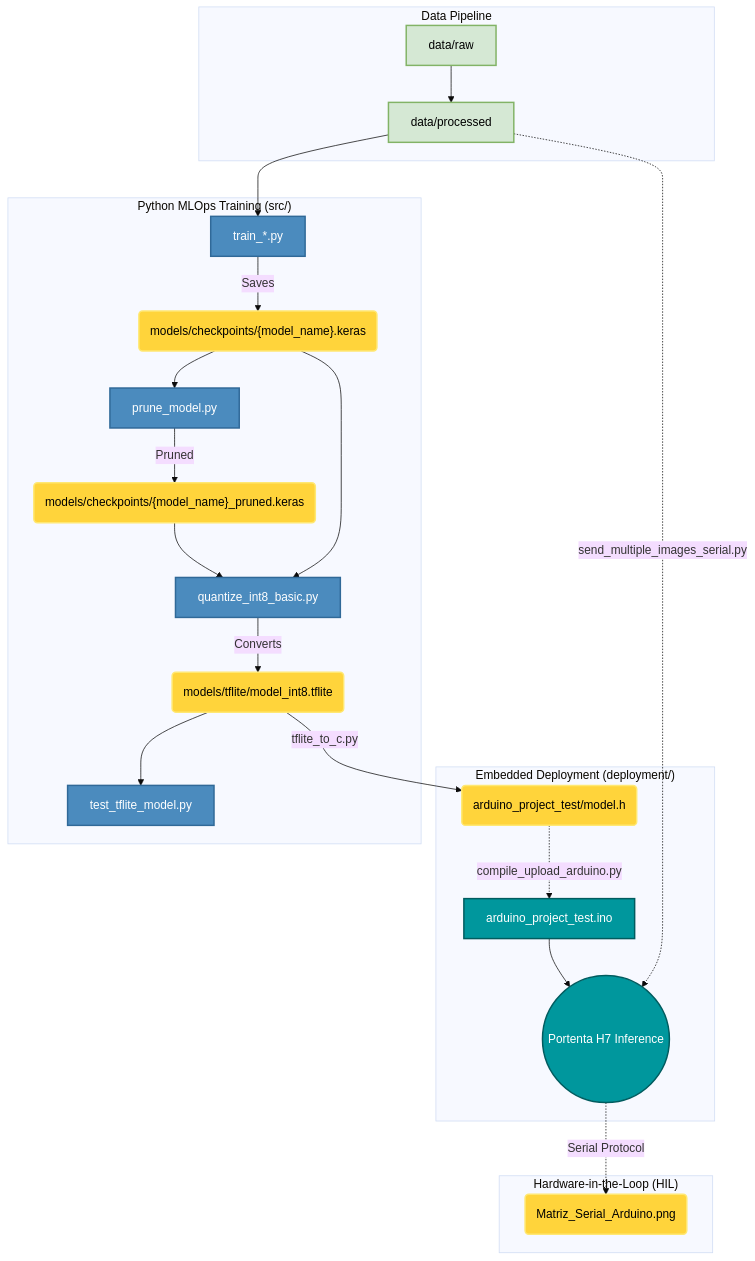
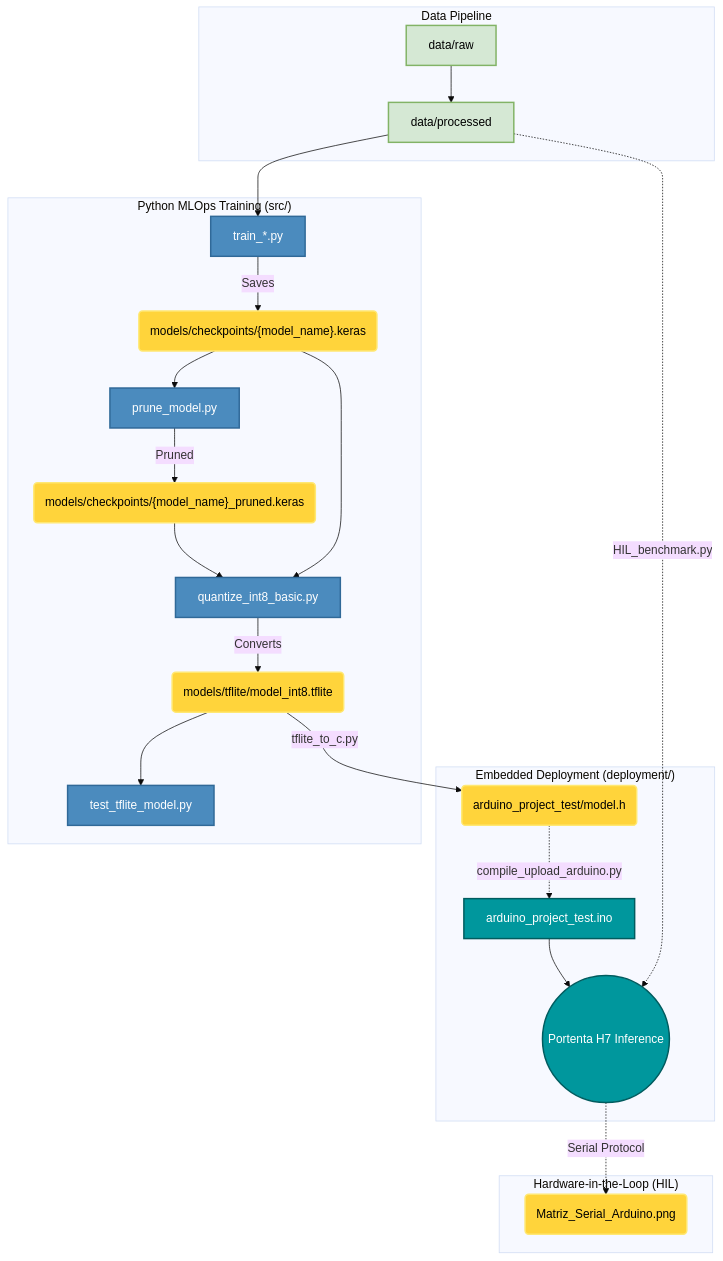
One commit to F4bian1012/Investigacion changed the diagram in README.md. Above: the diagram before and after it, drawn with Mermaid (base theme). The commit also changed other lines of this file, not shown here.

Commit message:
docs: actualizar nombre de script HIL en README

````diff
--- a/README.md
+++ b/README.md
@@ -29,35 +29,35 @@
 ```mermaid
 graph TD
     %% Styling
     classDef default fill:#f9f9f9,stroke:#333,stroke-width:2px,color:#000;
     classDef data fill:#D5E8D4,stroke:#82B366,stroke-width:2px,color:#000;
     classDef python fill:#4B8BBE,stroke:#306998,stroke-width:2px,color:#fff;
     classDef hardware fill:#00979D,stroke:#005C5F,stroke-width:2px,color:#fff;
     classDef artifact fill:#FFD43B,stroke:#FFE873,stroke-width:2px,color:#000;
 
     subgraph "Data Pipeline"
         RAW[data/raw]:::data --> PROC[data/processed]:::data
     end
 
     subgraph "Python MLOps Training (src/)"
         PROC --> TRAIN[train_*.py]:::python
         TRAIN -->|Saves| KERAS("models/checkpoints/{model_name}.keras"):::artifact
         KERAS --> PRUNE[prune_model.py]:::python
         PRUNE -->|Pruned| KERAS_PRUNED("models/checkpoints/{model_name}_pruned.keras"):::artifact
         KERAS --> OPT[quantize_int8_basic.py]:::python
         KERAS_PRUNED --> OPT
         OPT -->|Converts| TFLITE(models/tflite/model_int8.tflite):::artifact
         TFLITE --> EVAL[test_tflite_model.py]:::python
     end
 
     subgraph "Embedded Deployment (deployment/)"
         TFLITE -->|tflite_to_c.py| HEADER(arduino_project_test/model.h):::artifact
         HEADER -.->|compile_upload_arduino.py| C_ENGINE[arduino_project_test.ino]:::hardware
         C_ENGINE --> INFERENCE((Portenta H7 Inference)):::hardware
     end
 
     subgraph "Hardware-in-the-Loop (HIL)"
-        PROC -.->|send_multiple_images_serial.py| INFERENCE
+        PROC -.->|HIL_benchmark.py| INFERENCE
         INFERENCE -.->|Serial Protocol| CM_PLOT(Matriz_Serial_Arduino.png):::artifact
     end
 ```
````
